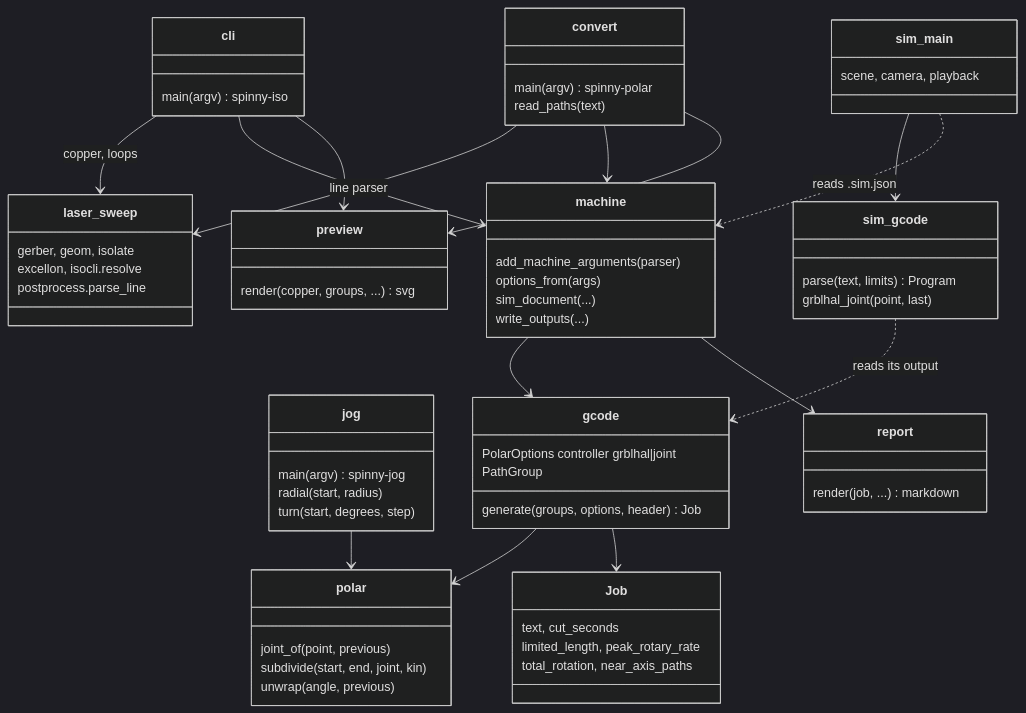
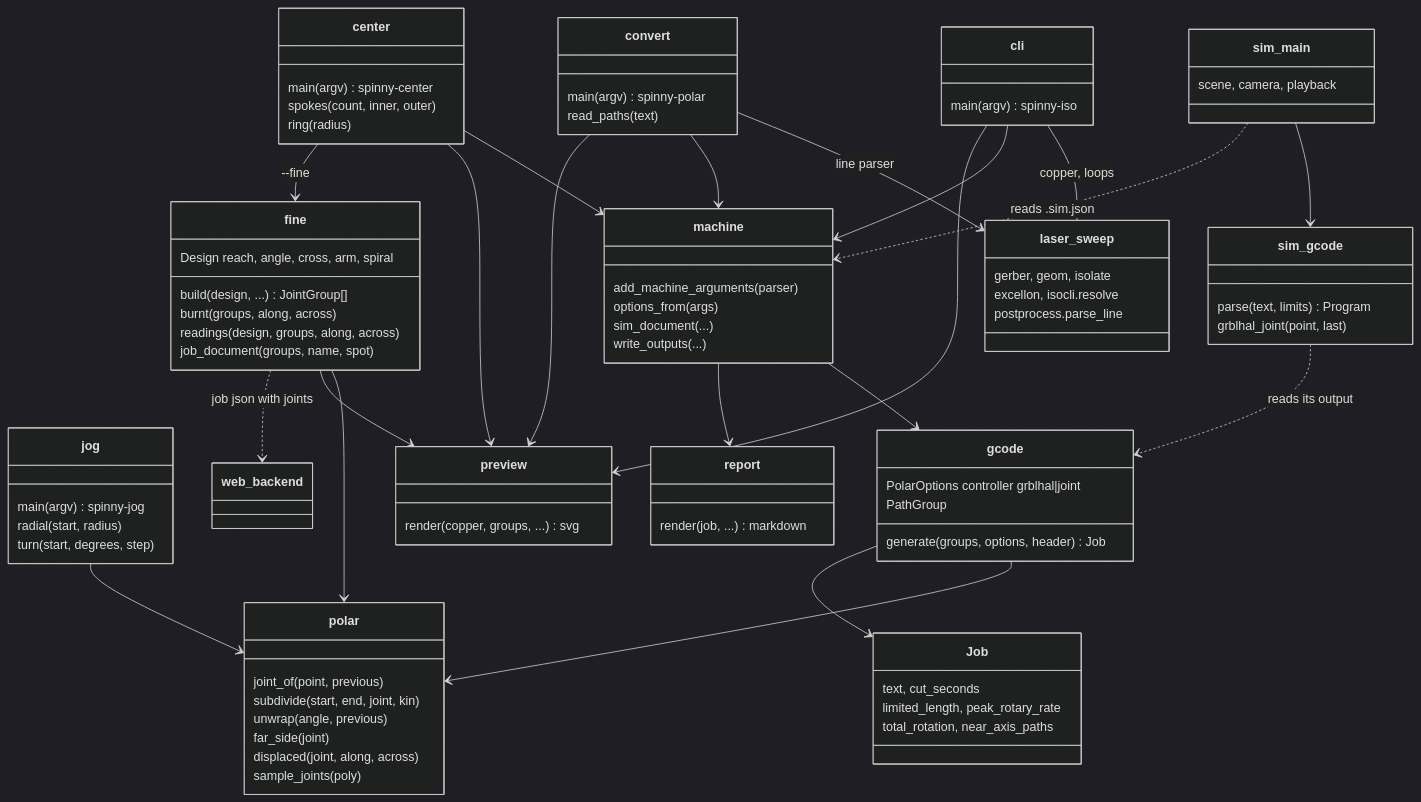
Before and after one commit to tmpk13/spinny-cnc: the second of 2 diagrams in README.md, drawn with Mermaid (dark theme). The commit also changed other lines of this file and 24 other files, not shown here.

```diff
--- a/README.md
+++ b/README.md
@@ -230,6 +259,18 @@
         radial(start, radius)
         turn(start, degrees, step)
     }
+    class center {
+        main(argv)  spinny-center
+        spokes(count, inner, outer)
+        ring(radius)
+    }
+    class fine {
+        Design  reach, angle, cross, arm, spiral
+        build(design, ...) JointGroup[]
+        burnt(groups, along, across)
+        readings(design, groups, along, across)
+        job_document(groups, name, spot)
+    }
     class machine {
         add_machine_arguments(parser)
         options_from(args)
@@ -240,6 +281,9 @@
         joint_of(point, previous)
         subdivide(start, end, joint, kin)
         unwrap(angle, previous)
+        far_side(joint)
+        displaced(joint, along, across)
+        sample_joints(poly)
     }
     class gcode {
         PolarOptions  controller grblhal|joint
@@ -280,6 +324,12 @@
     convert --> preview
     gcode --> polar
     jog --> polar
+    center --> machine
+    center --> preview
+    center --> fine : --fine
+    fine --> polar
+    fine --> preview
+    fine ..> web_backend : job json with joints
     gcode --> Job
     sim_main --> sim_gcode
     sim_gcode ..> gcode : reads its output
```
